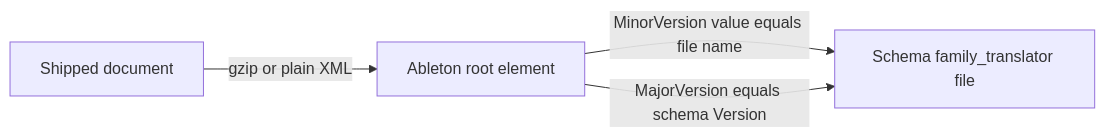
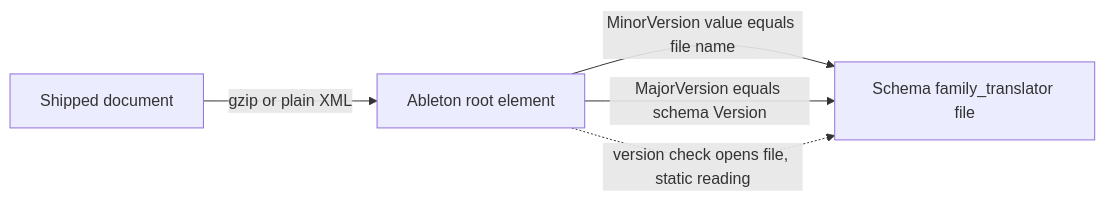
Before and after one commit to hoidn/sound: the fourth of 9 diagrams in wiki/research/program-structure.md, drawn with Mermaid. The commit also changed other lines of this file and 11 other files, not shown here.

````diff
--- a/wiki/research/program-structure.md
+++ b/wiki/research/program-structure.md
@@ -127,6 +129,7 @@
 ```mermaid
 flowchart LR
     A[Shipped document] -->|gzip or plain XML| B[Ableton root element]
     B -->|MinorVersion value equals file name| C[Schema family_translator file]
     B -->|MajorVersion equals schema Version| C
+    B -.->|version check opens file, static reading| C
 ```
````
